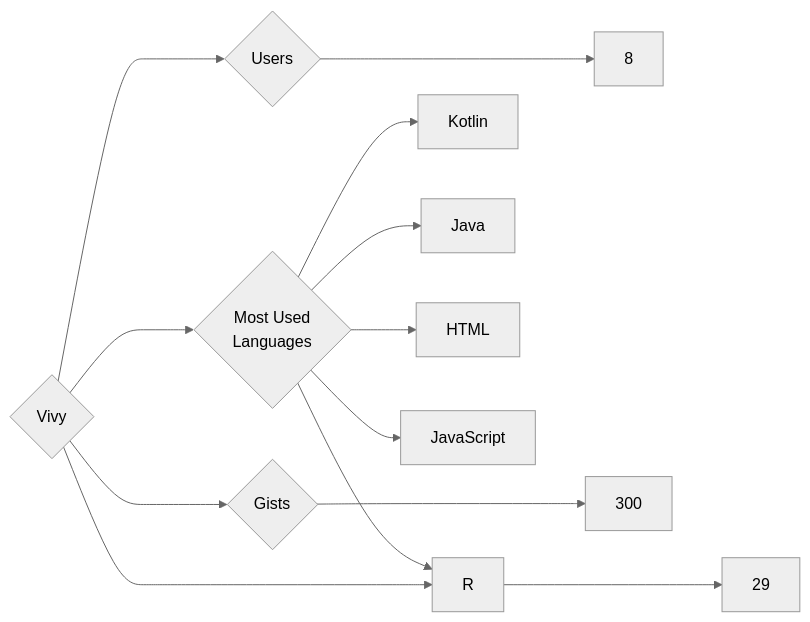
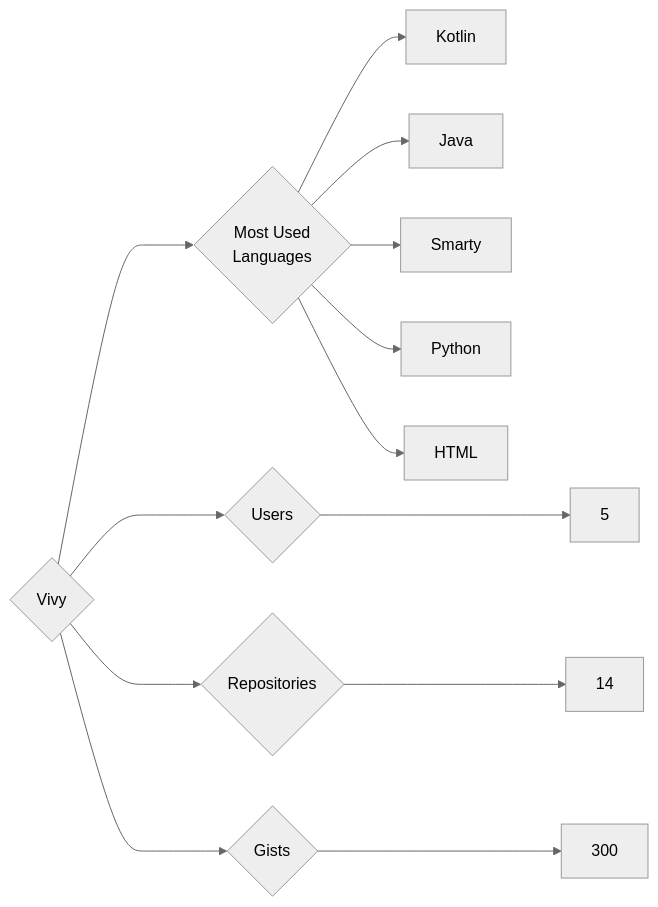
One commit to trickest/insiders changed the diagram in targets/Vivy/README.md. Above: the diagram before and after it, drawn with Mermaid (neutral theme). The commit also changed 972 other files, not shown here.

````diff
--- a/targets/Vivy/README.md
+++ b/targets/Vivy/README.md
@@ -3,13 +3,13 @@
 ```mermaid
 graph LR
 COMPANY_NAME{Vivy}
-COMPANY_NAME ---> U{Users} ---> UN[8]
-COMPANY_NAME ---> R{Repositories} ---> RN[29]
+COMPANY_NAME ---> U{Users} ---> UN[5]
+COMPANY_NAME ---> R{Repositories} ---> RN[14]
 COMPANY_NAME ---> G{Gists} ---> GN[300]
 COMPANY_NAME ---> ML{Most Used<br>Languages}
 ML --> Kotlin[Kotlin]
 ML --> Java[Java]
+ML --> Smarty[Smarty]
+ML --> Python[Python]
 ML --> HTML[HTML]
-ML --> JavaScript[JavaScript]
-ML --> R[R]
 ```
````
